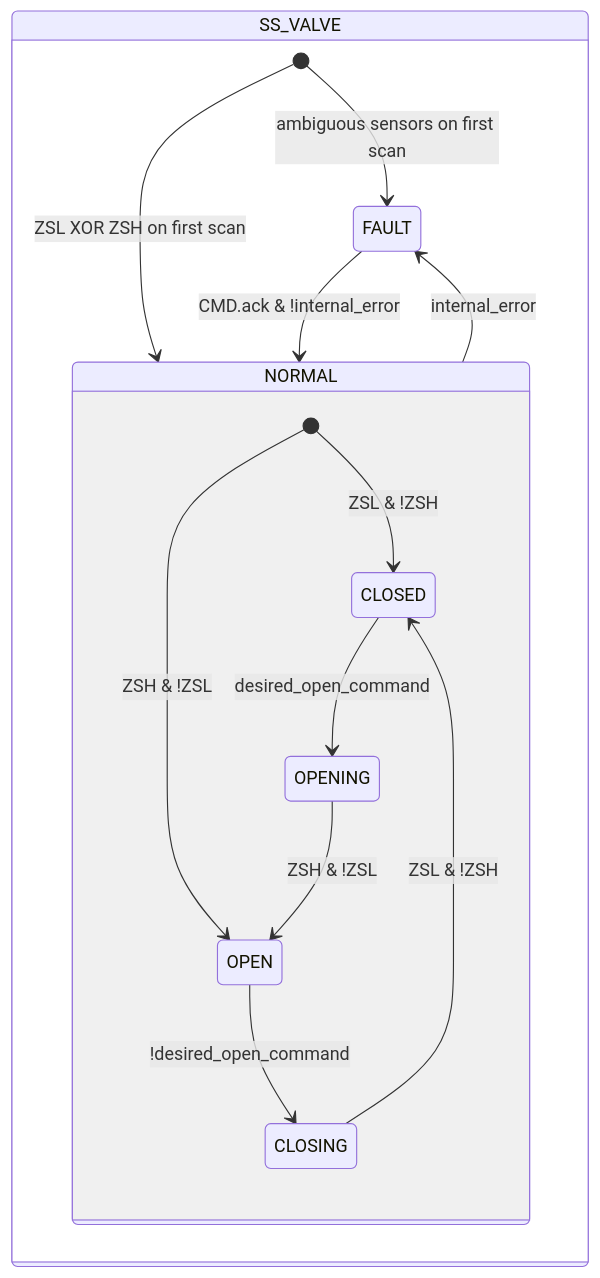
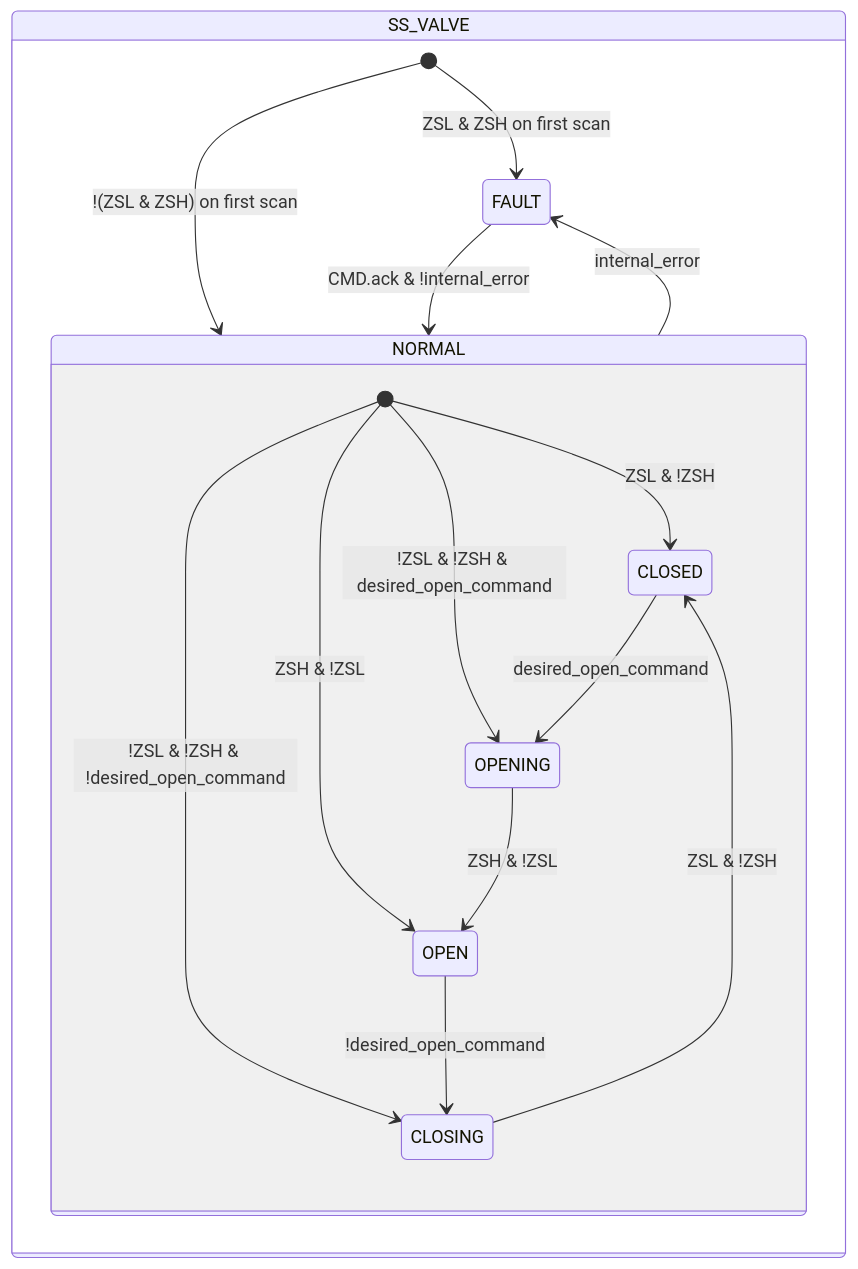
The second of 2 diagrams in docs/en/library/valves/butterfly/single_solenoid/index.md (AleFire99/TIA_knowledge), drawn with Mermaid before and after one commit. The commit also changed other lines of this file and 13 other files, not shown here.

````diff
--- a/docs/en/library/valves/butterfly/single_solenoid/index.md
+++ b/docs/en/library/valves/butterfly/single_solenoid/index.md
@@ -105,20 +105,22 @@
 ```mermaid
 stateDiagram-v2
 state SS_VALVE{
-    [*] --> NORMAL : ZSL XOR ZSH on first scan
-    [*] --> FAULT : ambiguous sensors on first scan
+    [*] --> NORMAL : !(ZSL & ZSH) on first scan
+    [*] --> FAULT : ZSL & ZSH on first scan
 
     NORMAL --> FAULT : internal_error
     FAULT --> NORMAL : CMD.ack & !internal_error
 
     state NORMAL {
         [*] --> CLOSED : ZSL & !ZSH
         [*] --> OPEN : ZSH & !ZSL
+        [*] --> OPENING : !ZSL & !ZSH & desired_open_command
+        [*] --> CLOSING : !ZSL & !ZSH & !desired_open_command
 
         CLOSED --> OPENING : desired_open_command
         OPENING --> OPEN : ZSH & !ZSL
         OPEN --> CLOSING : !desired_open_command
         CLOSING --> CLOSED : ZSL & !ZSH
     }
 }
 ```
````
